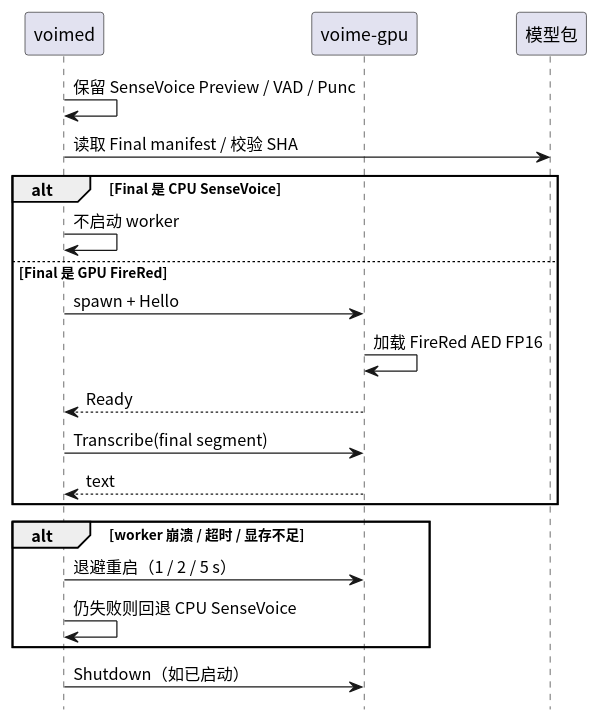
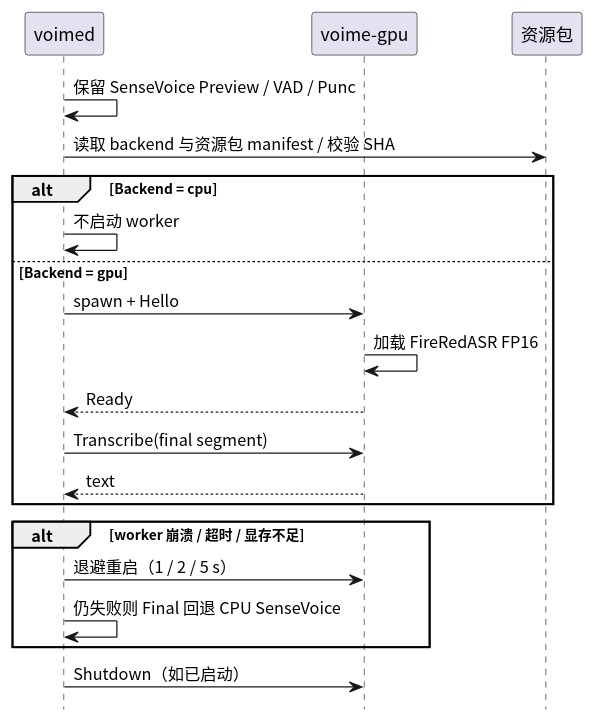
The diagram in crates/voime-gpu/diagram/lifecycle.puml (54m43lJ/voime), drawn with PlantUML before and after one commit. The commit also changed 127 other files, not shown here.

```diff
--- a/crates/voime-gpu/diagram/lifecycle.puml
+++ b/crates/voime-gpu/diagram/lifecycle.puml
@@ -1,26 +1,26 @@
 @startuml
 skinparam defaultFontName "Noto Sans CJK SC"
 skinparam shadowing false
 hide footbox
 
 participant "voimed" as Daemon
 participant "voime-gpu" as Worker
-participant "模型包" as Package
+participant "资源包" as Package
 
 Daemon -> Daemon : 保留 SenseVoice Preview / VAD / Punc
-Daemon -> Package : 读取 Final manifest / 校验 SHA
-alt Final 是 CPU SenseVoice
+Daemon -> Package : 读取 backend 与资源包 manifest / 校验 SHA
+alt Backend = cpu
   Daemon -> Daemon : 不启动 worker
-else Final 是 GPU FireRed
+else Backend = gpu
   Daemon -> Worker : spawn + Hello
-  Worker -> Worker : 加载 FireRed AED FP16
+  Worker -> Worker : 加载 FireRedASR FP16
   Worker --> Daemon : Ready
   Daemon -> Worker : Transcribe(final segment)
   Worker --> Daemon : text
 end
 alt worker 崩溃 / 超时 / 显存不足
   Daemon -> Worker : 退避重启（1 / 2 / 5 s）
-  Daemon -> Daemon : 仍失败则回退 CPU SenseVoice
+  Daemon -> Daemon : 仍失败则 Final 回退 CPU SenseVoice
 end
 Daemon -> Worker : Shutdown（如已启动）
 @enduml
```
